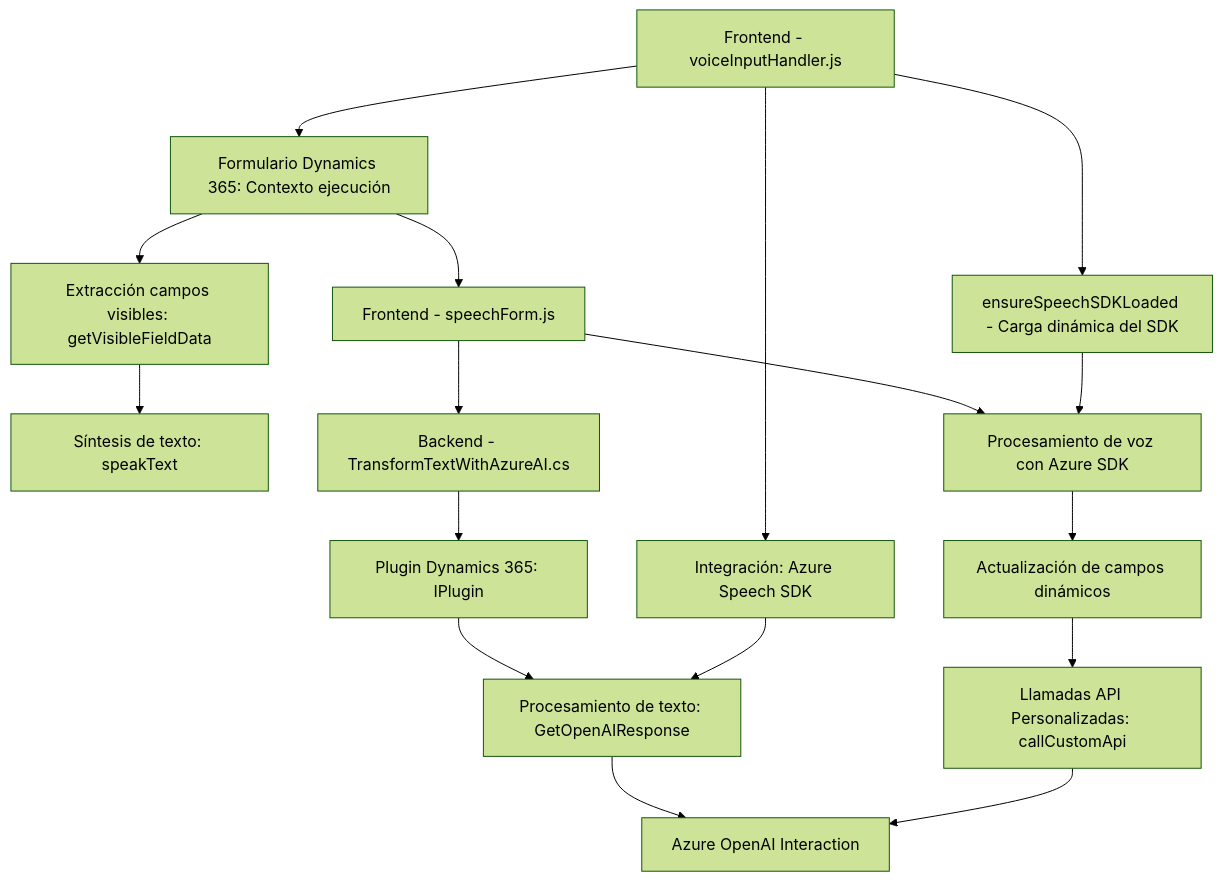
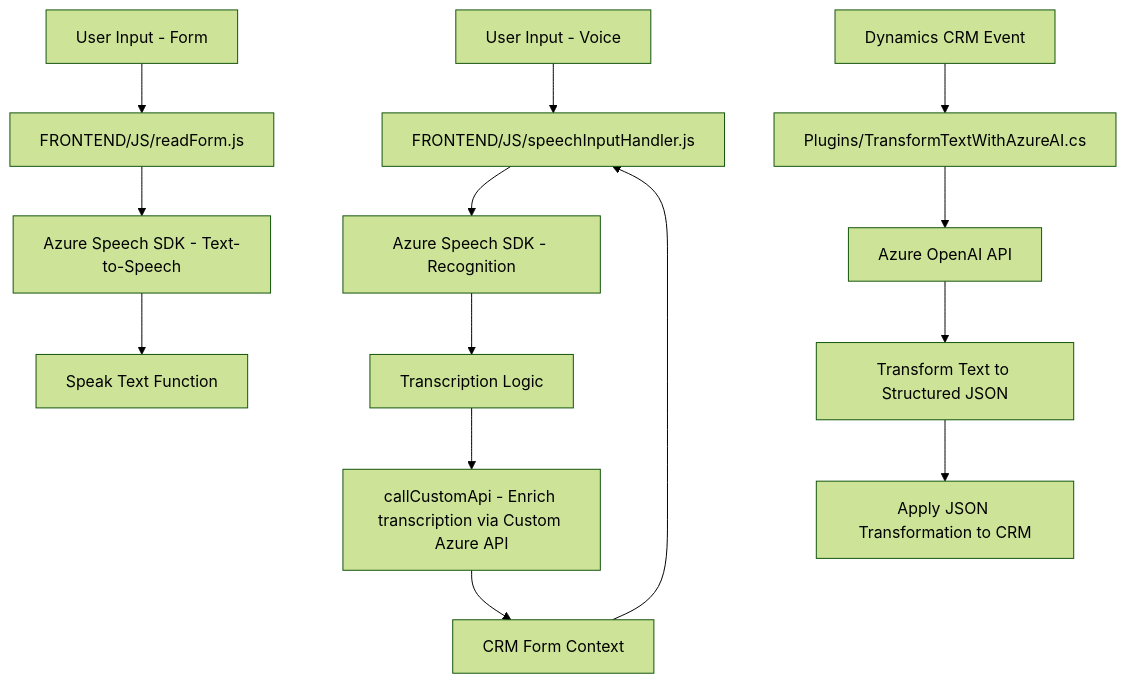
The diagram in README.md (blopezdm/NETCORE_BILBAO2025), drawn with Mermaid (forest theme) before and after one commit. The commit also changed other lines of this file, not shown here.

Commit message:
Actualizar análisis global de la solución con IA

````diff
--- a/README.md
+++ b/README.md
@@ -33,22 +62,18 @@
 ```mermaid
 graph TD
-    A["Frontend - voiceInputHandler.js"] --> B["Integración: Azure Speech SDK"]
-    A --> C["Formulario Dynamics 365: Contexto ejecución"]
-    C --> D["Extracción campos visibles: getVisibleFieldData"]
-    D --> E["Síntesis de texto: speakText"]
-    A --> F["ensureSpeechSDKLoaded - Carga dinámica del SDK"]
-    
-    G["Frontend - speechForm.js"] --> H["Procesamiento de voz con Azure SDK"]
-    H --> I["Actualización de campos dinámicos"]
-    I --> J["Llamadas API Personalizadas: callCustomApi"]
-    
-    K["Backend - TransformTextWithAzureAI.cs"] --> L["Plugin Dynamics 365: IPlugin"]
-    L --> M["Procesamiento de texto: GetOpenAIResponse"]
-    M --> N["Azure OpenAI Interaction"]
+    A["User Input - Voice"] --> B["FRONTEND/JS/speechInputHandler.js"]
+    B --> C["Azure Speech SDK - Recognition"]
+    C --> D["Transcription Logic"]
+    D --> E["callCustomApi - Enrich transcription via Custom Azure API"]
+    E --> F["CRM Form Context"]
+    F --> B
 
-    C --> G
-    G --> K
-    B --> M
-    F --> H
-    J --> N
+    A2["User Input - Form"] --> G["FRONTEND/JS/readForm.js"]
+    G --> H["Azure Speech SDK - Text-to-Speech"]
+    H --> I["Speak Text Function"]
+
+    Z["Dynamics CRM Event"] --> J["Plugins/TransformTextWithAzureAI.cs"]
+    J --> K["Azure OpenAI API"]
+    K --> L["Transform Text to Structured JSON"]
+    L --> M["Apply JSON Transformation to CRM"]
 ```
````
